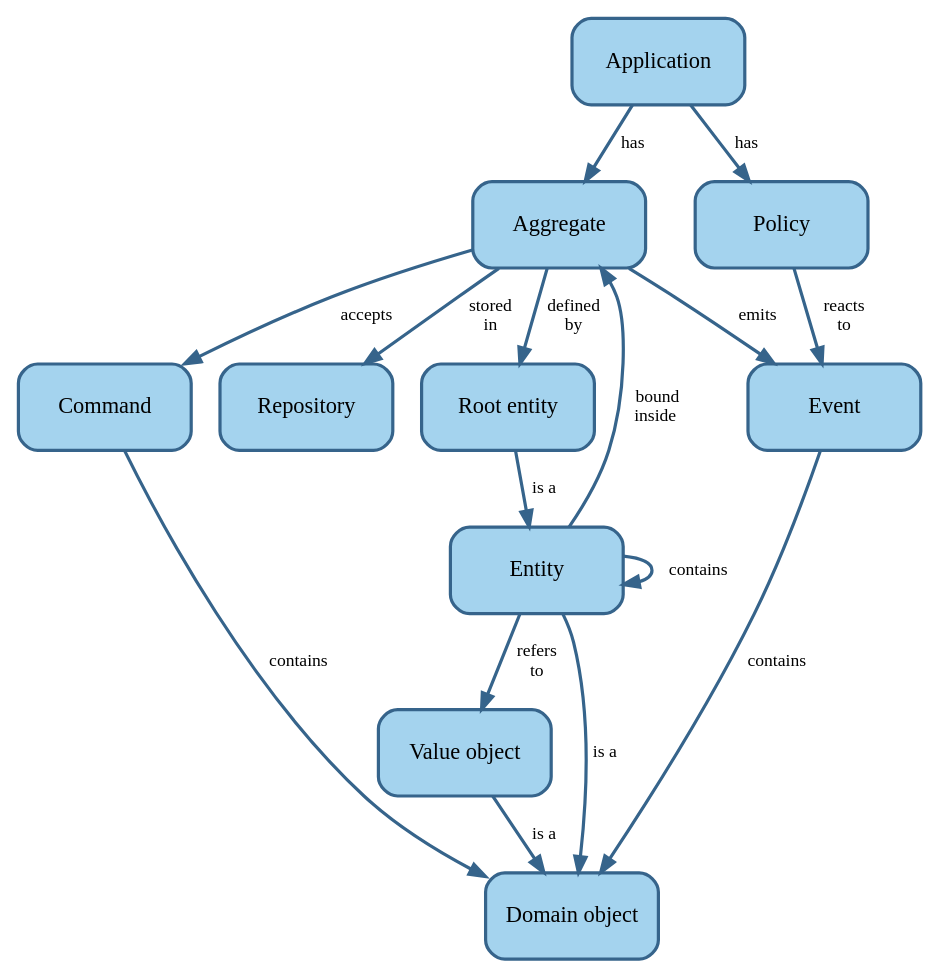
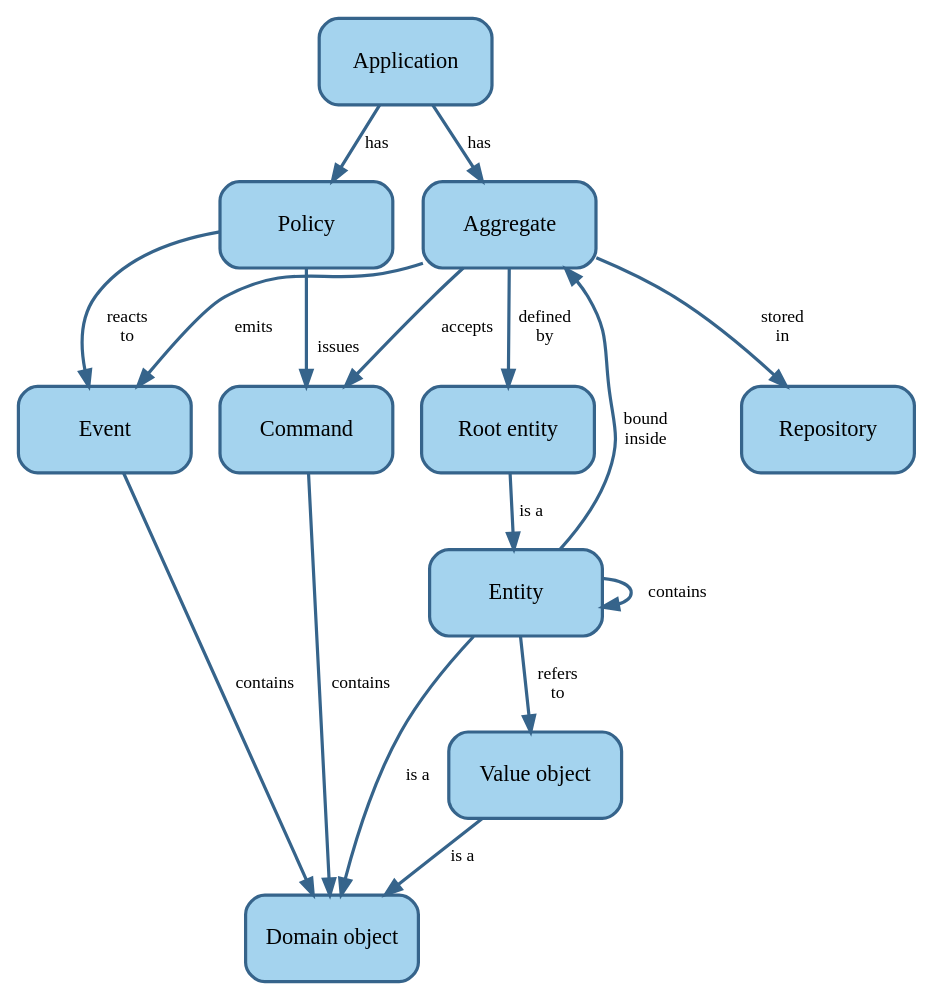
One commit to setms/book changed the fourth of 4 diagrams in docs/requirements/analysis.md. Above: the diagram before and after it, drawn with Graphviz. The commit also changed other lines of this file, not shown here.

Commit message:
doc: Fix concept model

````diff
--- a/docs/requirements/analysis.md
+++ b/docs/requirements/analysis.md
@@ -222,29 +222,27 @@
 ```dot process
 digraph ddd_application_concept_map {
   node [shape=rect, style="rounded,filled", fixedsize=true, width=1.5, height=0.75, fillcolor=lightskyblue2,
     color=steelblue4, penwidth=2];
   edge [fontsize=11, color=steelblue4, penwidth=2];
 
-  Application -> Aggregate [label=" has"];
-  Application -> Policy [label=" has"];
-  Aggregate -> Event [label="emits"];
+  Application -> Aggregate [label="has"];
+  Application -> Policy [label="has"];
+  Aggregate -> Event [label="emits    "];
   Policy -> Event [label=" reacts\nto"];
+  Policy -> Command [label="\n\n issues"];
   Aggregate -> Command [label="accepts"];
-  Aggregate -> Repository [label=" stored\nin"];
+  Aggregate -> Repository [label="stored\nin"];
   Aggregate -> RE [label=" defined\nby"];
   RE[label="Root entity"];
   RE -> Entity [label=" is a"];
-  Entity -> DO [label=" is a"];
+  Entity -> DO [label="is a"];
   DO [label="Domain object"];
-  VO -> DO [label=" is a"];
+  VO -> DO [label="is a"];
   VO [label="Value object"];
   Entity -> VO [label=" refers\nto"];
   Entity -> Entity [label="  contains"];
-  Entity -> Aggregate [label="  bound\ninside"];
-  Command -> DO [label="contains"];
+  Entity -> Aggregate [label=" bound\n inside"];
+  Command -> DO [label=" contains"];
   Event -> DO [label="contains"];
-
-  { rank=same; Command; Event; }
-
 }
 ```
````
